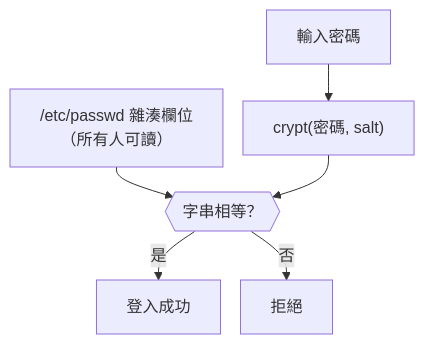
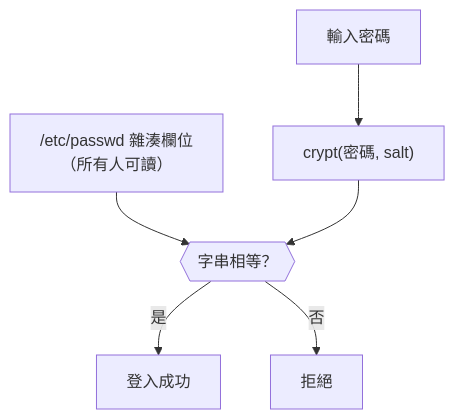
The first of 3 diagrams in projects/slides/sshhole/sshhole.md (FizzyElt/mono-miscellany), drawn with Mermaid before and after one commit. The commit also changed other lines of this file, not shown here.

Commit message:
fix: update sshhole presentation with improved flowchart styling and additional explanations

````diff
--- a/projects/slides/sshhole/sshhole.md
+++ b/projects/slides/sshhole/sshhole.md
@@ -38,9 +38,8 @@
 ```mermaid
-%%{init: {"flowchart": {"nodeSpacing": 20, "rankSpacing": 25}}}%%
 flowchart TB
   In[輸入密碼] --> Crypt["crypt(密碼, salt)"]
   Store["/etc/passwd 雜湊欄位<br/>（所有人可讀）"] --> Cmp
   Crypt --> Cmp{{字串相等？}}
   Cmp -->|是| OK[登入成功]
   Cmp -->|否| NG[拒絕]
 ```
````
